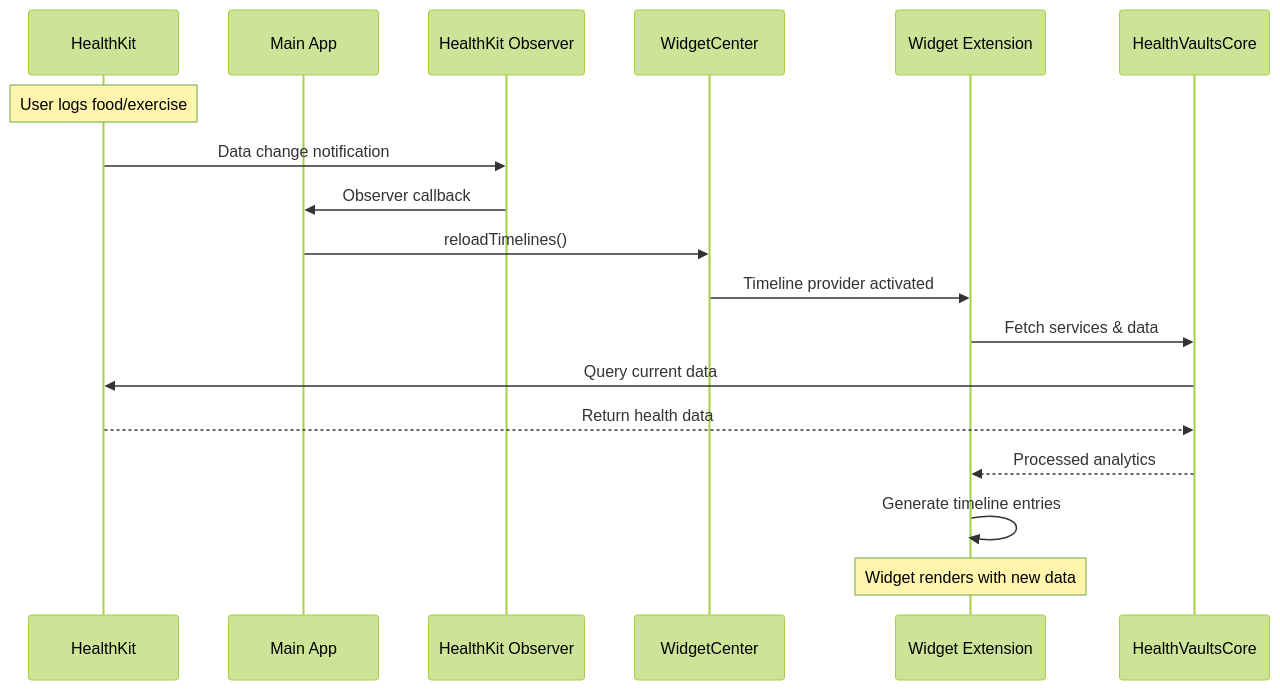
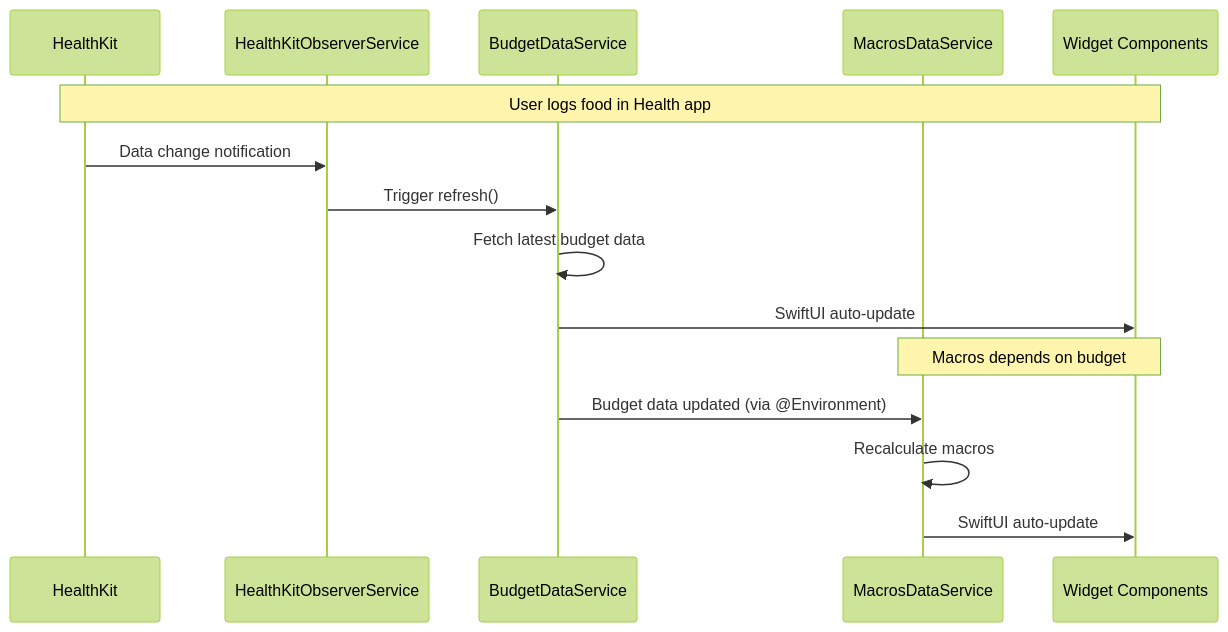
Before and after one commit to mohdfareed/health-bank: the second of 2 diagrams in REVIEW.md, drawn with Mermaid (forest theme). The commit also changed other lines of this file and 7 other files, not shown here.

````diff
--- a/REVIEW.md
+++ b/REVIEW.md
@@ -757,21 +174,20 @@
 ```mermaid
 sequenceDiagram
     participant HK as HealthKit
-    participant App as Main App
-    participant Obs as HealthKit Observer
-    participant WC as WidgetCenter
-    participant WE as Widget Extension
-    participant Core as HealthVaultsCore
+    participant HKO as HealthKitObserverService
+    participant BDS as BudgetDataService
+    participant MDS as MacrosDataService
+    participant UI as Widget Components
 
-    Note over HK: User logs food/exercise
-    HK->>Obs: Data change notification
-    Obs->>App: Observer callback
-    App->>WC: reloadTimelines()
-    WC->>WE: Timeline provider activated
-    WE->>Core: Fetch services & data
-    Core->>HK: Query current data
-    HK-->>Core: Return health data
-    Core-->>WE: Processed analytics
-    WE->>WE: Generate timeline entries
-    Note over WE: Widget renders with new data
+    Note over HK,UI: User logs food in Health app
+
+    HK->>HKO: Data change notification
+    HKO->>BDS: Trigger refresh()
+    BDS->>BDS: Fetch latest budget data
+    BDS->>UI: SwiftUI auto-update
+
+    Note over MDS,UI: Macros depends on budget
+    BDS->>MDS: Budget data updated (via @Environment)
+    MDS->>MDS: Recalculate macros
+    MDS->>UI: SwiftUI auto-update
 ```
````
